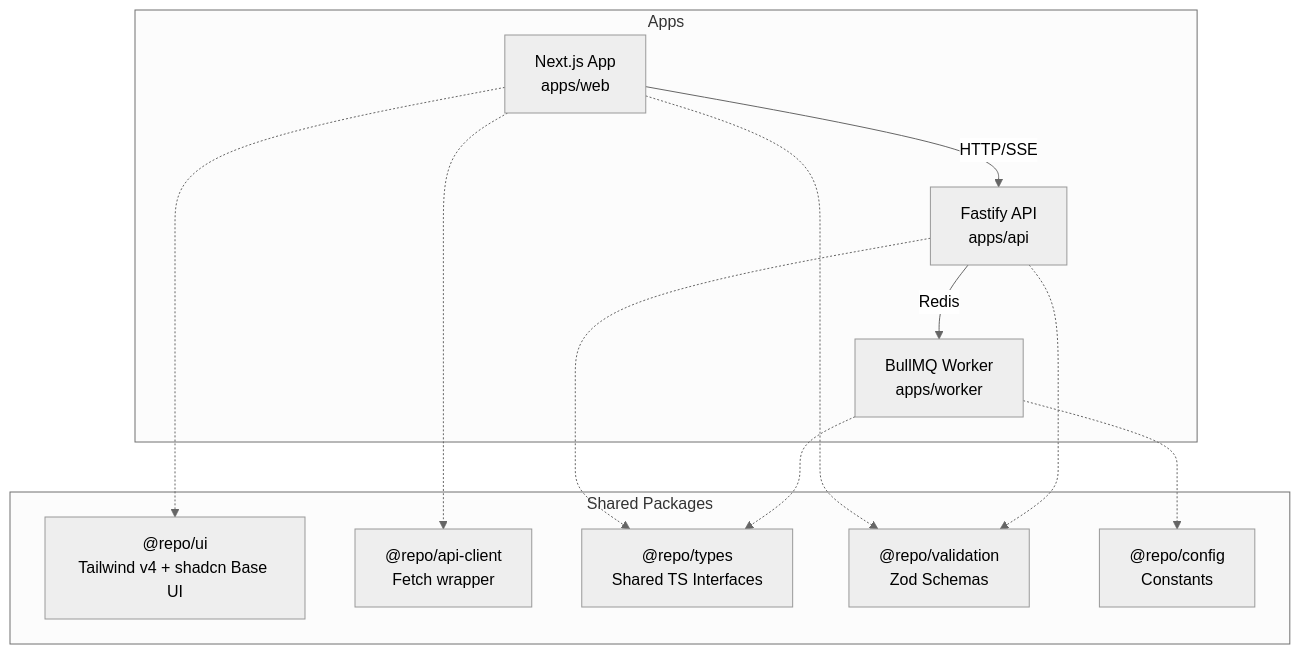
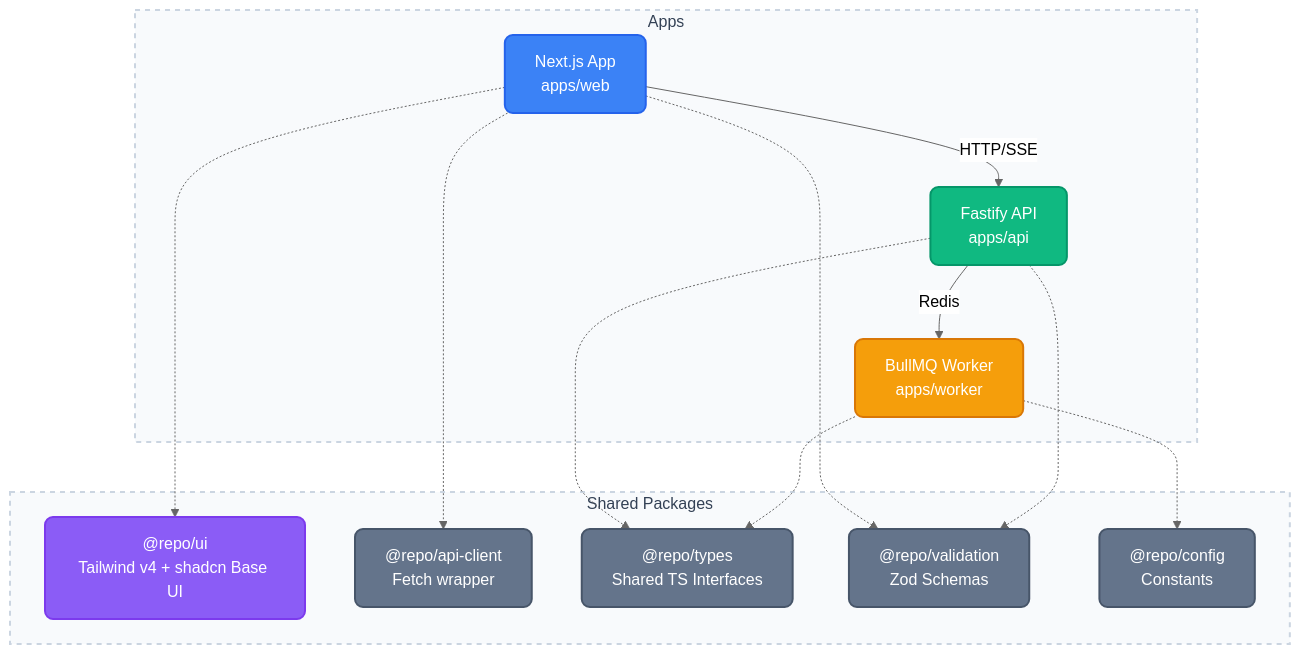
The diagram in README.md (imRahul05/ASC-EHR), drawn with Mermaid (neutral theme) before and after one commit.

Commit message:
docs: add styling and class definitions to architecture flowchart in README

````diff
--- a/README.md
+++ b/README.md
@@ -7,28 +7,38 @@
 ```mermaid
 flowchart TD
+    %% Node Styling Definitions
+    classDef webApp fill:#3b82f6,stroke:#2563eb,stroke-width:2px,color:#fff,rx:8px,ry:8px
+    classDef apiApp fill:#10b981,stroke:#059669,stroke-width:2px,color:#fff,rx:8px,ry:8px
+    classDef workerApp fill:#f59e0b,stroke:#d97706,stroke-width:2px,color:#fff,rx:8px,ry:8px
+    classDef packageUI fill:#8b5cf6,stroke:#7c3aed,stroke-width:2px,color:#fff,rx:8px,ry:8px
+    classDef packageCore fill:#64748b,stroke:#475569,stroke-width:2px,color:#fff,rx:8px,ry:8px
+    classDef container fill:#f8fafc,stroke:#cbd5e1,stroke-width:2px,stroke-dasharray: 5 5,color:#334155
+
     subgraph Apps ["Apps"]
-        Web["Next.js App<br/>apps/web"]
-        API["Fastify API<br/>apps/api"]
-        Worker["BullMQ Worker<br/>apps/worker"]
+        Web["Next.js App<br/>apps/web"]:::webApp
+        API["Fastify API<br/>apps/api"]:::apiApp
+        Worker["BullMQ Worker<br/>apps/worker"]:::workerApp
     end
 
     subgraph SharedPackages ["Shared Packages"]
-        UI["@repo/ui<br/>Tailwind v4 + shadcn Base UI"]
-        APIClient["@repo/api-client<br/>Fetch wrapper"]
-        Types["@repo/types<br/>Shared TS Interfaces"]
-        Validation["@repo/validation<br/>Zod Schemas"]
-        Config["@repo/config<br/>Constants"]
+        UI["@repo/ui<br/>Tailwind v4 + shadcn Base UI"]:::packageUI
+        APIClient["@repo/api-client<br/>Fetch wrapper"]:::packageCore
+        Types["@repo/types<br/>Shared TS Interfaces"]:::packageCore
+        Validation["@repo/validation<br/>Zod Schemas"]:::packageCore
+        Config["@repo/config<br/>Constants"]:::packageCore
     end
+
+    class Apps,SharedPackages container
 
     Web -->|HTTP/SSE| API
     Web -.-> UI
     Web -.-> APIClient
     Web -.-> Validation
     
     API -->|Redis| Worker
     API -.-> Validation
     API -.-> Types
 
     Worker -.-> Types
     Worker -.-> Config
 ```
````
